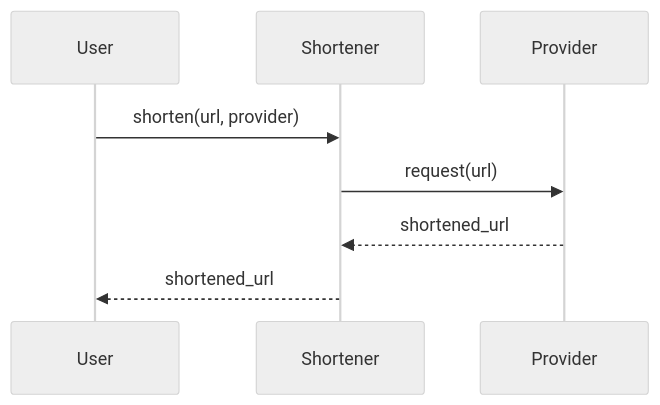
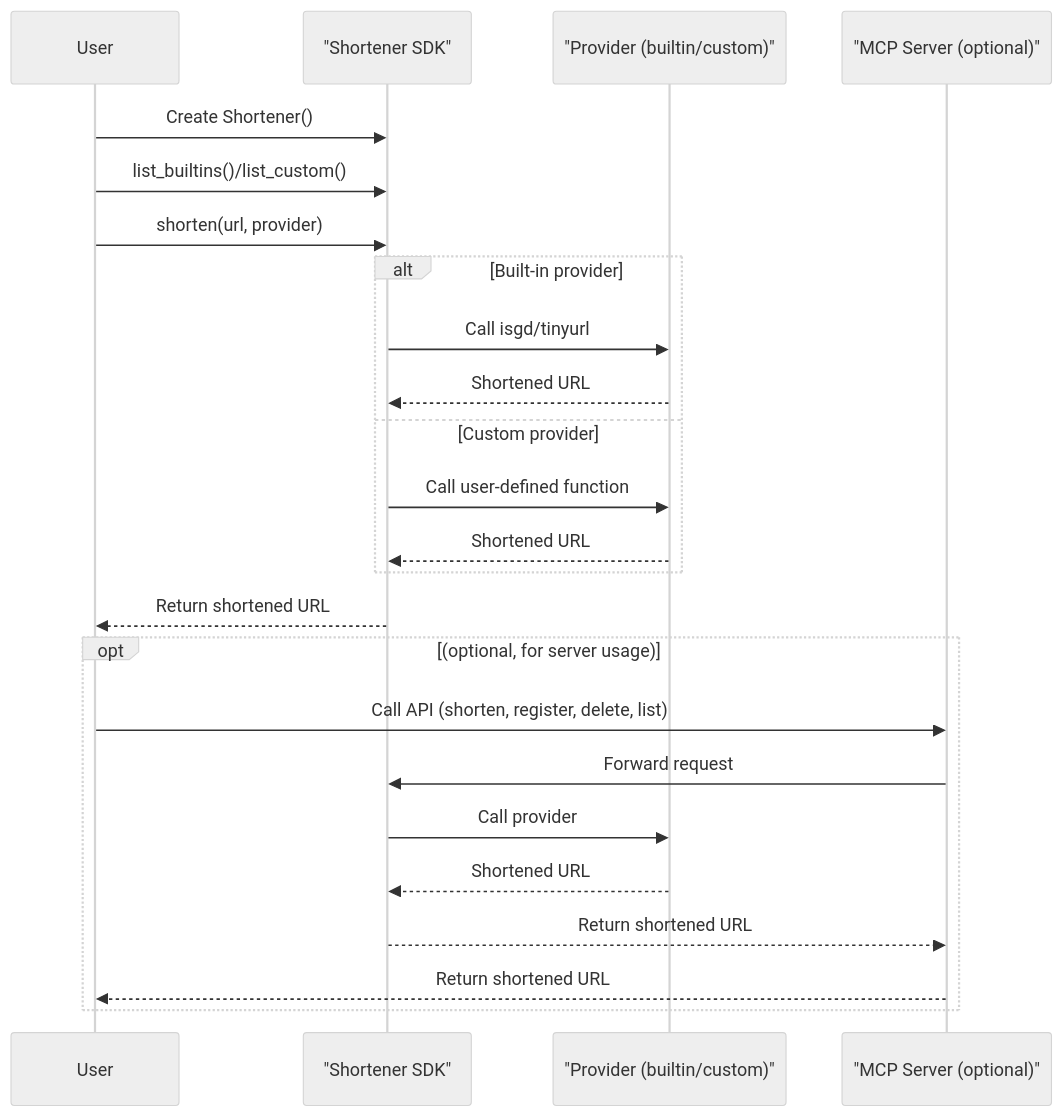
The diagram in README.md (mdonmez/shortl), drawn with Mermaid (neutral theme) before and after one commit. The commit also changed other lines of this file and 6 other files, not shown here.

````diff
--- a/README.md
+++ b/README.md
@@ -19,11 +27,26 @@
 ```mermaid
 sequenceDiagram
     participant User
-    participant Shortener
-    participant Provider
-
+    participant Shortener as "Shortener SDK"
+    participant Provider as "Provider (builtin/custom)"
+    participant MCP as "MCP Server (optional)"
+    User->>Shortener: Create Shortener()
+    User->>Shortener: list_builtins()/list_custom()
     User->>Shortener: shorten(url, provider)
-    Shortener->>Provider: request(url)
-    Provider-->>Shortener: shortened_url
-    Shortener-->>User: shortened_url
+    alt Built-in provider
+        Shortener->>Provider: Call isgd/tinyurl
+        Provider-->>Shortener: Shortened URL
+    else Custom provider
+        Shortener->>Provider: Call user-defined function
+        Provider-->>Shortener: Shortened URL
+    end
+    Shortener-->>User: Return shortened URL
+    opt (optional, for server usage)
+        User->>MCP: Call API (shorten, register, delete, list)
+        MCP->>Shortener: Forward request
+        Shortener->>Provider: Call provider
+        Provider-->>Shortener: Shortened URL
+        Shortener-->>MCP: Return shortened URL
+        MCP-->>User: Return shortened URL
+    end
 ```
````
